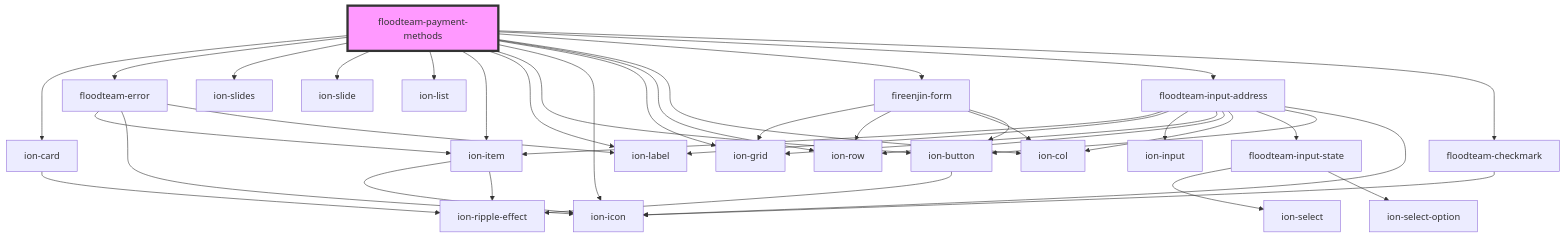
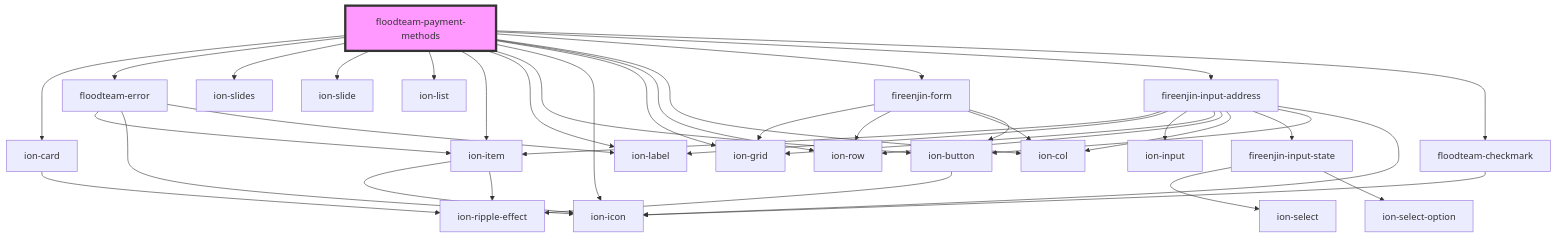
The diagram in src/components/payment-methods/readme.md (FloodTeam/components), drawn with Mermaid before and after one commit. The commit also changed other lines of this file and 38 other files, not shown here.

````diff
--- a/src/components/payment-methods/readme.md
+++ b/src/components/payment-methods/readme.md
@@ -48,42 +44,42 @@
 ```mermaid
 graph TD;
   floodteam-payment-methods --> ion-card
   floodteam-payment-methods --> floodteam-error
   floodteam-payment-methods --> ion-slides
   floodteam-payment-methods --> ion-slide
   floodteam-payment-methods --> ion-list
   floodteam-payment-methods --> ion-item
   floodteam-payment-methods --> ion-label
   floodteam-payment-methods --> ion-button
   floodteam-payment-methods --> ion-icon
   floodteam-payment-methods --> ion-grid
   floodteam-payment-methods --> ion-row
   floodteam-payment-methods --> ion-col
   floodteam-payment-methods --> fireenjin-form
-  floodteam-payment-methods --> floodteam-input-address
+  floodteam-payment-methods --> fireenjin-input-address
   floodteam-payment-methods --> floodteam-checkmark
   ion-card --> ion-ripple-effect
   floodteam-error --> ion-item
   floodteam-error --> ion-icon
   floodteam-error --> ion-label
   ion-item --> ion-icon
   ion-item --> ion-ripple-effect
   ion-button --> ion-ripple-effect
   fireenjin-form --> ion-grid
   fireenjin-form --> ion-row
   fireenjin-form --> ion-col
   fireenjin-form --> ion-button
-  floodteam-input-address --> ion-item
-  floodteam-input-address --> ion-label
-  floodteam-input-address --> ion-input
-  floodteam-input-address --> ion-grid
-  floodteam-input-address --> ion-row
-  floodteam-input-address --> ion-col
-  floodteam-input-address --> floodteam-input-state
-  floodteam-input-address --> ion-button
-  floodteam-input-address --> ion-icon
-  floodteam-input-state --> ion-select
-  floodteam-input-state --> ion-select-option
+  fireenjin-input-address --> ion-item
+  fireenjin-input-address --> ion-label
+  fireenjin-input-address --> ion-input
+  fireenjin-input-address --> ion-grid
+  fireenjin-input-address --> ion-row
+  fireenjin-input-address --> ion-col
+  fireenjin-input-address --> fireenjin-input-state
+  fireenjin-input-address --> ion-button
+  fireenjin-input-address --> ion-icon
+  fireenjin-input-state --> ion-select
+  fireenjin-input-state --> ion-select-option
   floodteam-checkmark --> ion-icon
   style floodteam-payment-methods fill:#f9f,stroke:#333,stroke-width:4px
 ```
````
